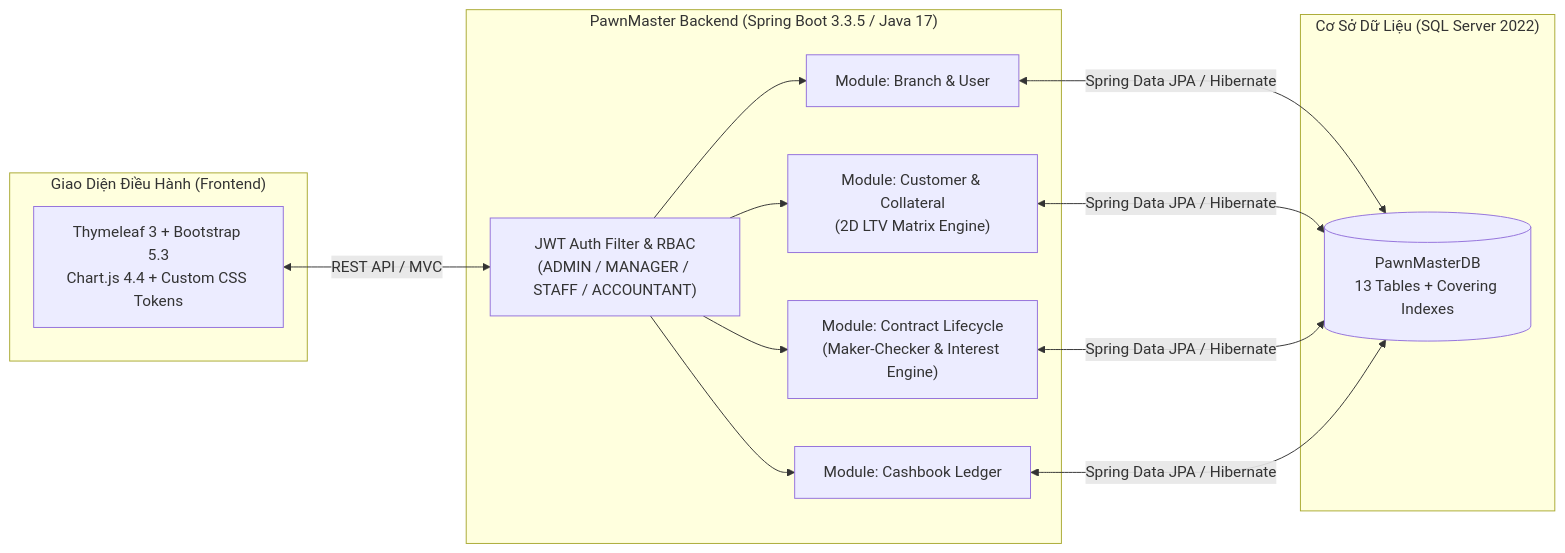
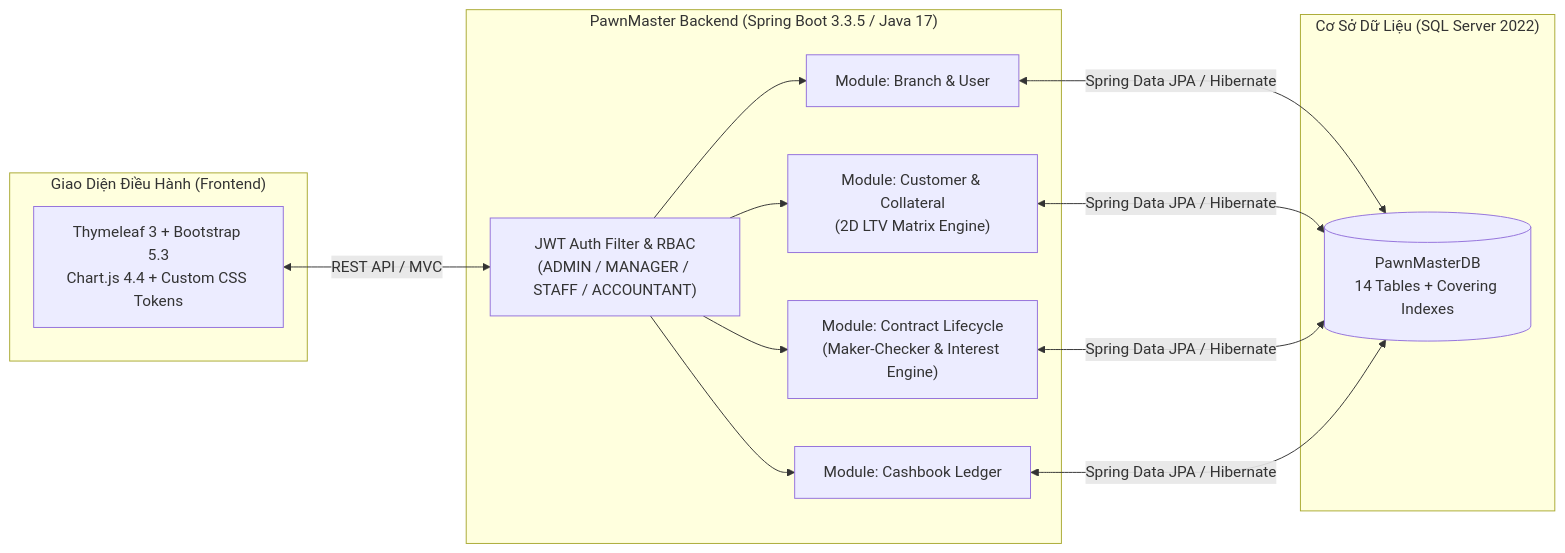
One commit to locgacui/PawnMaster changed the diagram in README.md. Above: the diagram before and after it, drawn with Mermaid. The commit also changed other lines of this file and 37 other files, not shown here.

Commit message:
refactor(collateral,db): migrate LTV matrix to database and consolidate SQL scripts into schema.sql and data.sql

````diff
--- a/README.md
+++ b/README.md
@@ -44,22 +44,22 @@
 ```mermaid
 flowchart LR
     subgraph Client ["Giao Diện Điều Hành (Frontend)"]
         UI["Thymeleaf 3 + Bootstrap 5.3\nChart.js 4.4 + Custom CSS Tokens"]
     end
 
     subgraph API ["PawnMaster Backend (Spring Boot 3.3.5 / Java 17)"]
         SEC["JWT Auth Filter & RBAC\n(ADMIN / MANAGER / STAFF / ACCOUNTANT)"]
         MOD_B["Module: Branch & User"]
         MOD_C["Module: Customer & Collateral\n(2D LTV Matrix Engine)"]
         MOD_P["Module: Contract Lifecycle\n(Maker-Checker & Interest Engine)"]
         MOD_CB["Module: Cashbook Ledger"]
     end
 
     subgraph DB ["Cơ Sở Dữ Liệu (SQL Server 2022)"]
-        MSSQL[("PawnMasterDB\n13 Tables + Covering Indexes")]
+        MSSQL[("PawnMasterDB\n14 Tables + Covering Indexes")]
     end
 
     UI <-->|"REST API / MVC"| SEC
     SEC --> MOD_B & MOD_C & MOD_P & MOD_CB
     MOD_B & MOD_C & MOD_P & MOD_CB <-->|"Spring Data JPA / Hibernate"| MSSQL
 ```
````
